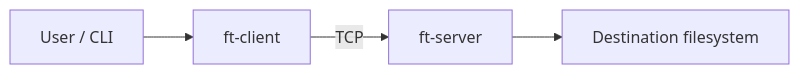
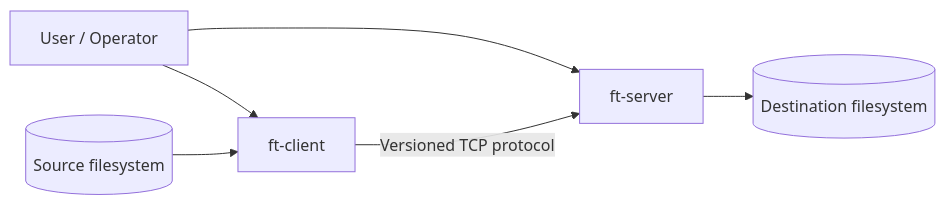
The first of 3 diagrams in docs/architecture.md (Veral2000/tcp-file-transfer), drawn with Mermaid before and after one commit. The commit also changed other lines of this file, not shown here.

Commit message:
docs: add architecture and design details

````diff
--- a/docs/architecture.md
+++ b/docs/architecture.md
@@ -5,6 +26,14 @@
 ```mermaid
 flowchart LR
-    User[User / CLI] --> Client[ft-client]
-    Client -->|TCP| Server[ft-server]
-    Server --> Filesystem[Destination filesystem]
+    User[User / Operator]
+    Client[ft-client]
+    Server[ft-server]
+    Source[(Source filesystem)]
+    Destination[(Destination filesystem)]
+
+    User --> Client
+    User --> Server
+    Source --> Client
+    Client -->|Versioned TCP protocol| Server
+    Server --> Destination
 ```
````
